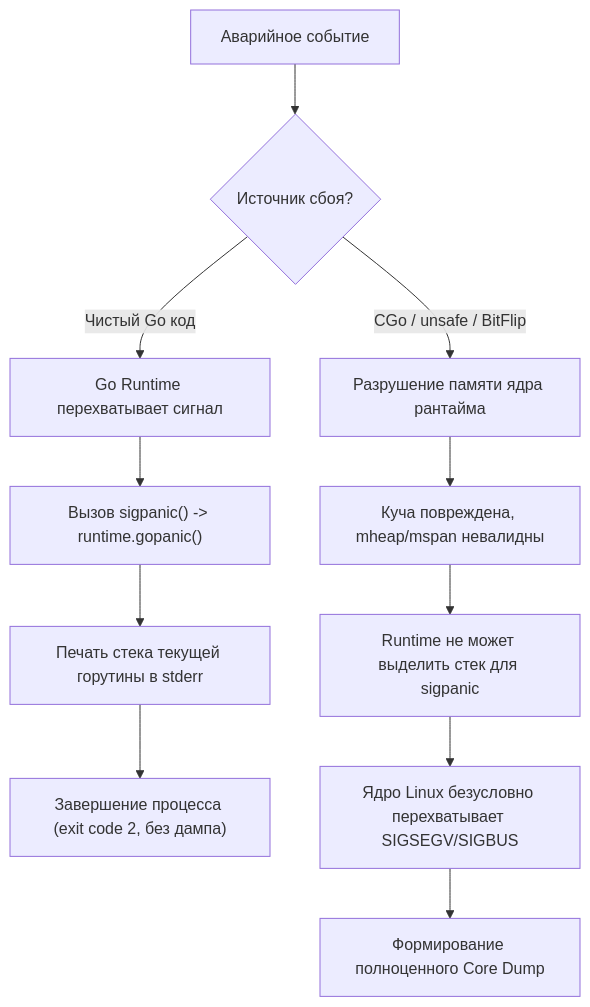
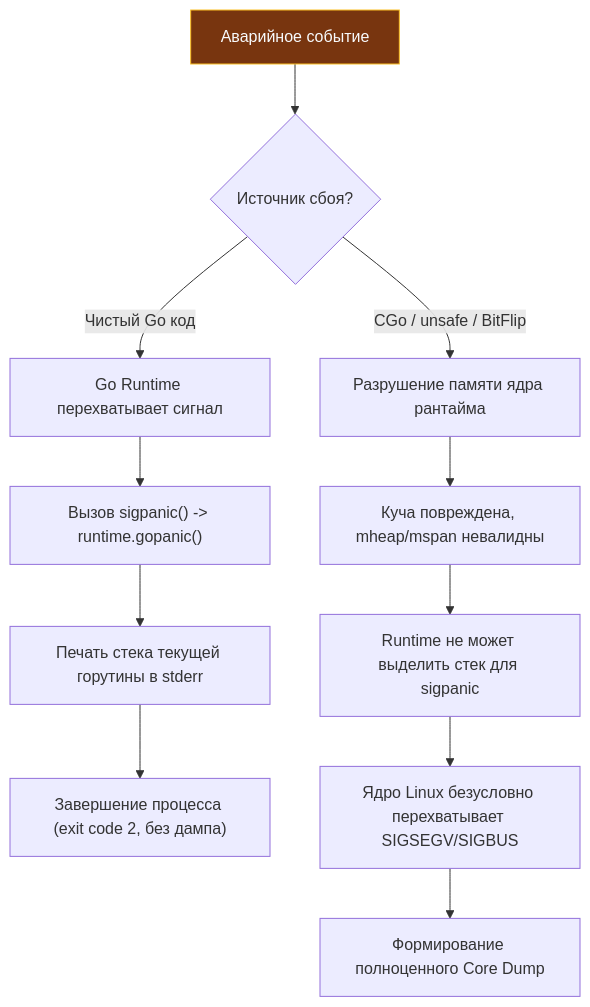
One commit to UnrealTemplier/go-textbook changed the fourth of 4 diagrams in sources/2. Устройство и работа ОС/59. Crash Dump, Core Dump и анализ падений.md. Above: the diagram before and after it, drawn with Mermaid. The commit also changed other lines of this file and 1666 other files, not shown here.

First line of the commit message:
feat(mermaid): add semantic color classDef to 1369 colorless flowchart/graph diagrams

````diff
--- a/sources/2. Устройство и работа ОС/59. Crash Dump, Core Dump и анализ падений.md
+++ b/sources/2. Устройство и работа ОС/59. Crash Dump, Core Dump и анализ падений.md
@@ -156,15 +176,25 @@
 ```mermaid
 flowchart TD
-    CrashEvent["Аварийное событие"] --> CheckType{"Источник сбоя?"}
+    classDef process  fill:#1e293b,stroke:#38bdf8,stroke-width:1px,color:#f8fafc
+    classDef success  fill:#064e3b,stroke:#34d399,stroke-width:1px,color:#f8fafc
+    classDef error    fill:#7f1d1d,stroke:#f87171,stroke-width:1px,color:#f8fafc
+    classDef warning  fill:#78350f,stroke:#fbbf24,stroke-width:1px,color:#f8fafc
+    classDef entry    fill:#1e3a5f,stroke:#38bdf8,stroke-width:2px,color:#f8fafc
+    classDef aux      fill:#334155,stroke:#64748b,stroke-width:1px,color:#f8fafc
+    classDef system   fill:#312e81,stroke:#a78bfa,stroke-width:1px,color:#f8fafc
+    classDef data     fill:#132d29,stroke:#2dd4bf,stroke-width:1px,color:#f8fafc
+    classDef network  fill:#881337,stroke:#fb7185,stroke-width:1px,color:#f8fafc
+    classDef accent   fill:#1e1b4b,stroke:#818cf8,stroke-width:1px,color:#f8fafc
+    CrashEvent["Аварийное событие"]:::warning --> CheckType{"Источник сбоя?"}
 
     CheckType -->|Чистый Go код| GoPanicFlow["Go Runtime перехватывает сигнал"]
     GoPanicFlow --> Sigpanic["Вызов sigpanic() -> runtime.gopanic()"]
     Sigpanic --> PrintStderr["Печать стека текущей горутины в stderr"]
     PrintStderr --> Exit2["Завершение процесса (exit code 2, без дампа)"]
 
     CheckType -->|CGo / unsafe / BitFlip| SevereCorruption["Разрушение памяти ядра рантайма"]
     SevereCorruption --> CorruptedHeap["Куча повреждена, mheap/mspan невалидны"]
     CorruptedHeap --> RuntimeDeadlock["Runtime не может выделить стек для sigpanic"]
     RuntimeDeadlock --> KernelTakesOver["Ядро Linux безусловно перехватывает SIGSEGV/SIGBUS"]
     KernelTakesOver --> GenerateCore["Формирование полноценного Core Dump"]
 ```
````
